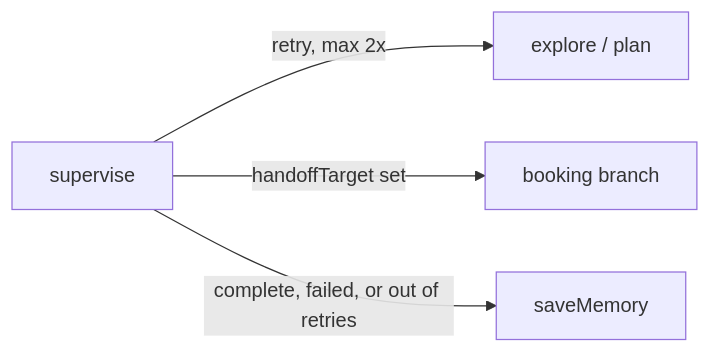
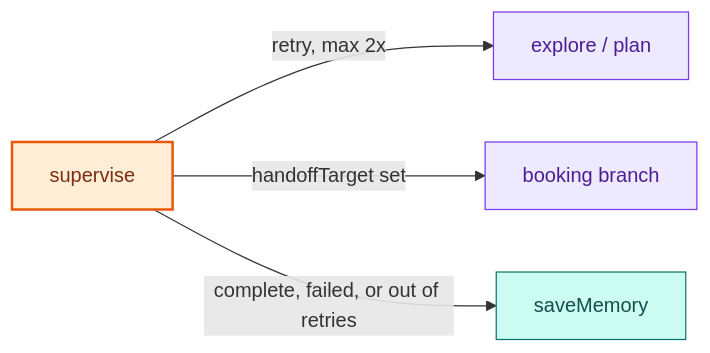
One commit to nguyentrathao-agilityio/travel-assistant changed the third of 3 diagrams in docs/flows/01-intent-routing-supervisor.md. Above: the diagram before and after it, drawn with Mermaid. The commit also changed other lines of this file and 6 other files, not shown here.

Commit message:
docs: style Mermaid workflow diagrams

````diff
--- a/docs/flows/01-intent-routing-supervisor.md
+++ b/docs/flows/01-intent-routing-supervisor.md
@@ -70,6 +92,14 @@
 ```mermaid
 flowchart LR
     supervise -->|retry, max 2x| ExplorePlan[explore / plan]
     supervise -->|handoffTarget set| Booking[booking branch]
     supervise -->|complete, failed, or out of retries| saveMemory
+
+    classDef control fill:#ffedd5,stroke:#ea580c,color:#7c2d12,stroke-width:2px
+    classDef agent fill:#ede9fe,stroke:#7c3aed,color:#4c1d95
+    classDef persistence fill:#ccfbf1,stroke:#0f766e,color:#134e4a
+
+    class supervise control
+    class ExplorePlan,Booking agent
+    class saveMemory persistence
 ```
````
